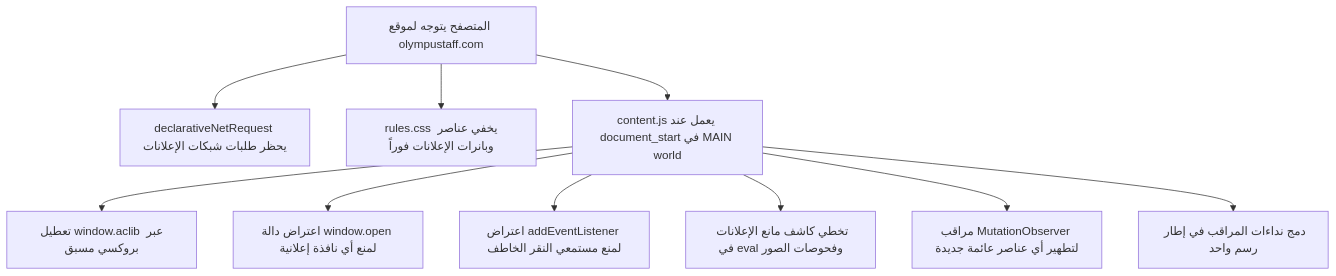
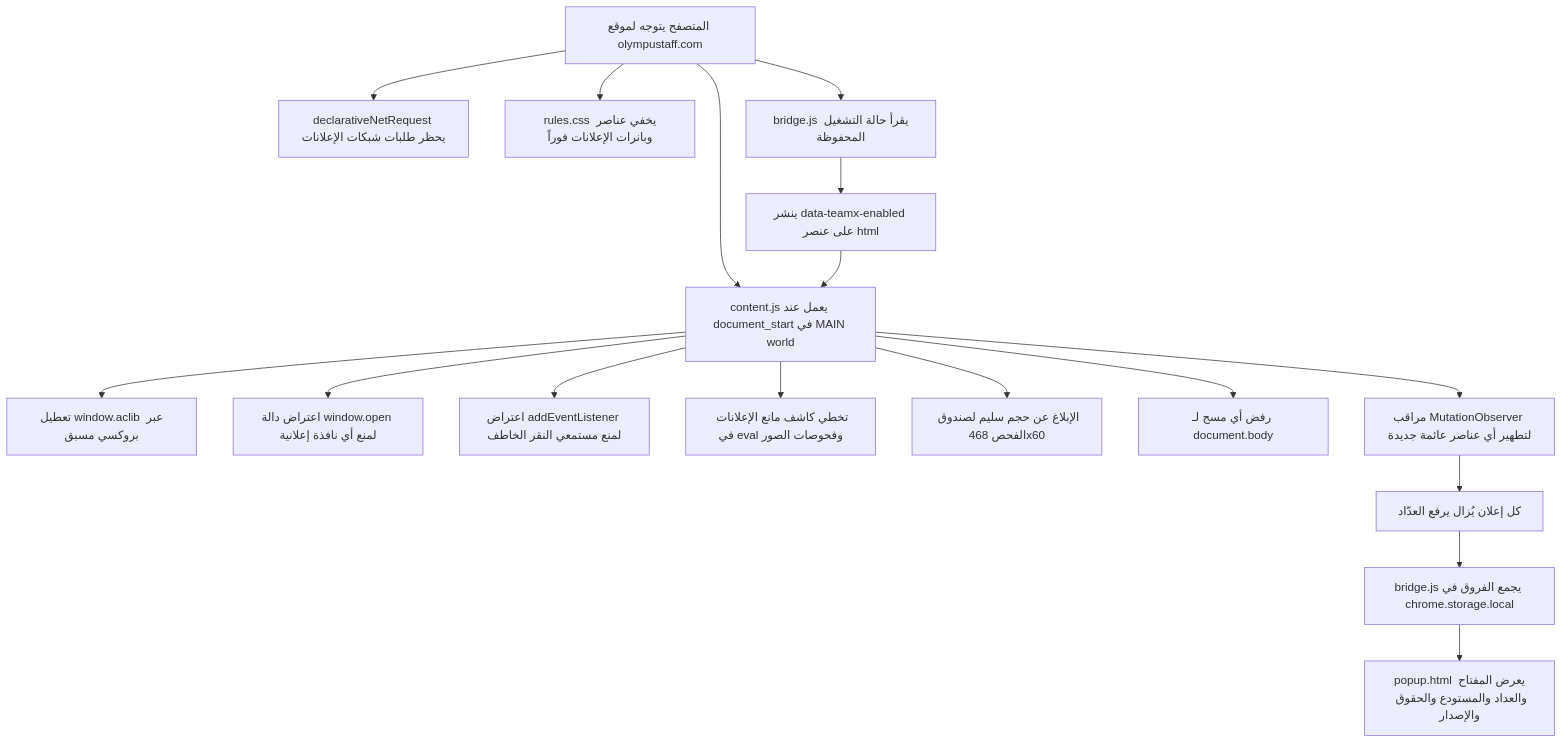
One commit to shadow-x78/teamx-adblock changed the diagram in docs/ARCHITECTURE_AR.md. Above: the diagram before and after it, drawn with Mermaid. The commit also changed other lines of this file and 19 other files, not shown here.

````diff
--- a/docs/ARCHITECTURE_AR.md
+++ b/docs/ARCHITECTURE_AR.md
@@ -34,12 +35,19 @@
 ```mermaid
 flowchart TD
     A[المتصفح يتوجه لموقع olympustaff.com] --> B[declarativeNetRequest يحظر طلبات شبكات الإعلانات]
     A --> C[rules.css يخفي عناصر وبانرات الإعلانات فوراً]
-    A --> D[content.js يعمل عند document_start في MAIN world]
-    D --> E[تعطيل window.aclib عبر بروكسي مسبق]
-    D --> F[اعتراض دالة window.open لمنع أي نافذة إعلانية]
-    D --> G[اعتراض addEventListener لمنع مستمعي النقر الخاطف]
-    D --> H[تخطي كاشف مانع الإعلانات في eval وفحوصات الصور]
-    D --> I[مراقب MutationObserver لتطهير أي عناصر عائمة جديدة]
-    D --> J[دمج نداءات المراقب في إطار رسم واحد]
+    A --> D[bridge.js يقرأ حالة التشغيل المحفوظة]
+    D --> D2[ينشر data-teamx-enabled على عنصر html]
+    A --> E[content.js يعمل عند document_start في MAIN world]
+    D2 --> E
+    E --> F[تعطيل window.aclib عبر بروكسي مسبق]
+    E --> G[اعتراض دالة window.open لمنع أي نافذة إعلانية]
+    E --> H[اعتراض addEventListener لمنع مستمعي النقر الخاطف]
+    E --> I[تخطي كاشف مانع الإعلانات في eval وفحوصات الصور]
+    E --> J[الإبلاغ عن حجم سليم لصندوق الفحص 468x60]
+    E --> K[رفض أي مسح لـ document.body]
+    E --> L[مراقب MutationObserver لتطهير أي عناصر عائمة جديدة]
+    L --> M[كل إعلان يُزال يرفع العدّاد]
+    M --> N[bridge.js يجمع الفروق في chrome.storage.local]
+    N --> O[popup.html يعرض المفتاح والعداد والمستودع والحقوق والإصدار]
 ```
````
